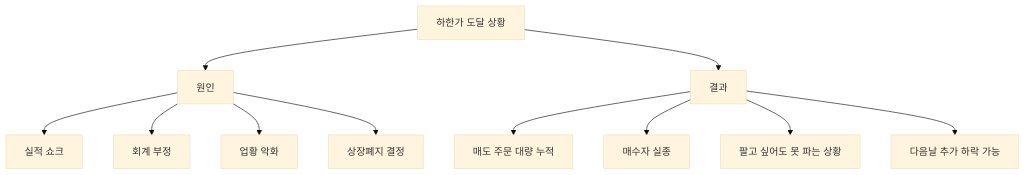
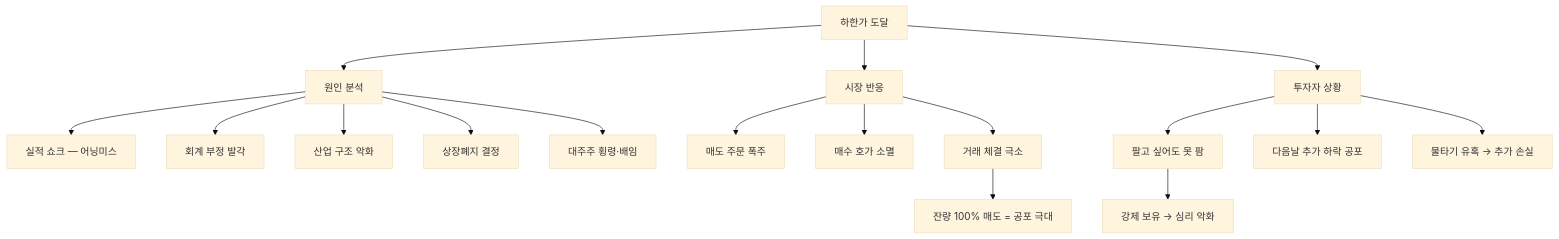
Before and after one commit to yeongseon/stock-visual-note: the diagram in content/stock-terms/ko/level-01-basic/lower-limit.md, drawn with Mermaid (base theme). The commit also changed other lines of this file, not shown here.

````diff
--- a/content/stock-terms/ko/level-01-basic/lower-limit.md
+++ b/content/stock-terms/ko/level-01-basic/lower-limit.md
@@ -48,13 +50,23 @@
 ```mermaid
 graph TD
-    A["하한가 도달 상황"] --> B["원인"]
-    A --> C["결과"]
-    B --> B1["실적 쇼크"]
-    B --> B2["회계 부정"]
-    B --> B3["업황 악화"]
+    A["하한가 도달"] --> B["원인 분석"]
+    A --> C["시장 반응"]
+    A --> D["투자자 상황"]
+
+    B --> B1["실적 쇼크 — 어닝미스"]
+    B --> B2["회계 부정 발각"]
+    B --> B3["산업 구조 악화"]
     B --> B4["상장폐지 결정"]
-    C --> C1["매도 주문 대량 누적"]
-    C --> C2["매수자 실종"]
-    C --> C3["팔고 싶어도 못 파는 상황"]
-    C --> C4["다음날 추가 하락 가능"]
+    B --> B5["대주주 횡령·배임"]
+
+    C --> C1["매도 주문 폭주"]
+    C --> C2["매수 호가 소멸"]
+    C --> C3["거래 체결 극소"]
+
+    D --> D1["팔고 싶어도 못 팜"]
+    D --> D2["다음날 추가 하락 공포"]
+    D --> D3["물타기 유혹 → 추가 손실"]
+
+    C3 --> E["잔량 100% 매도 = 공포 극대"]
+    D1 --> F["강제 보유 → 심리 악화"]
 ```
````
